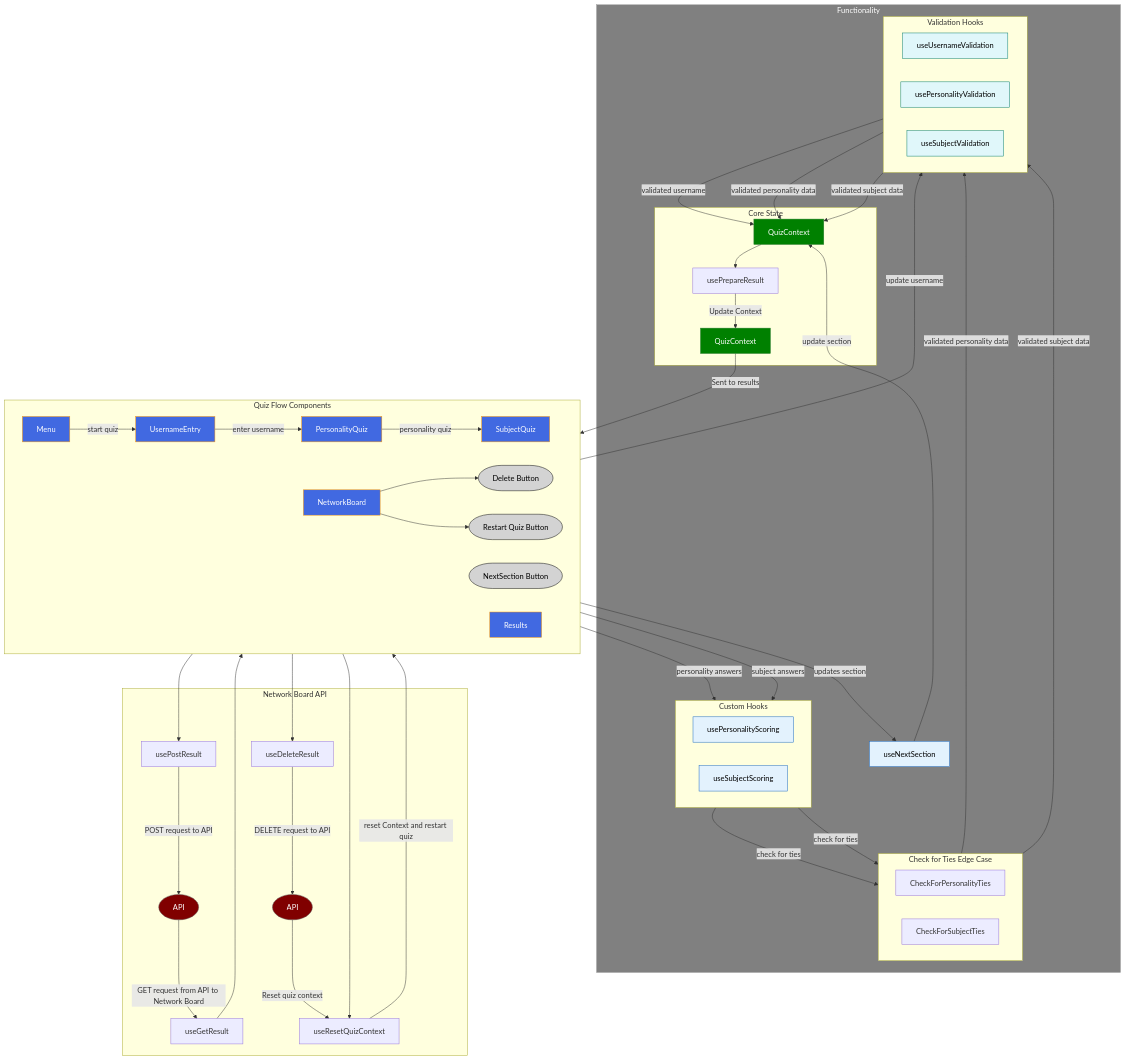
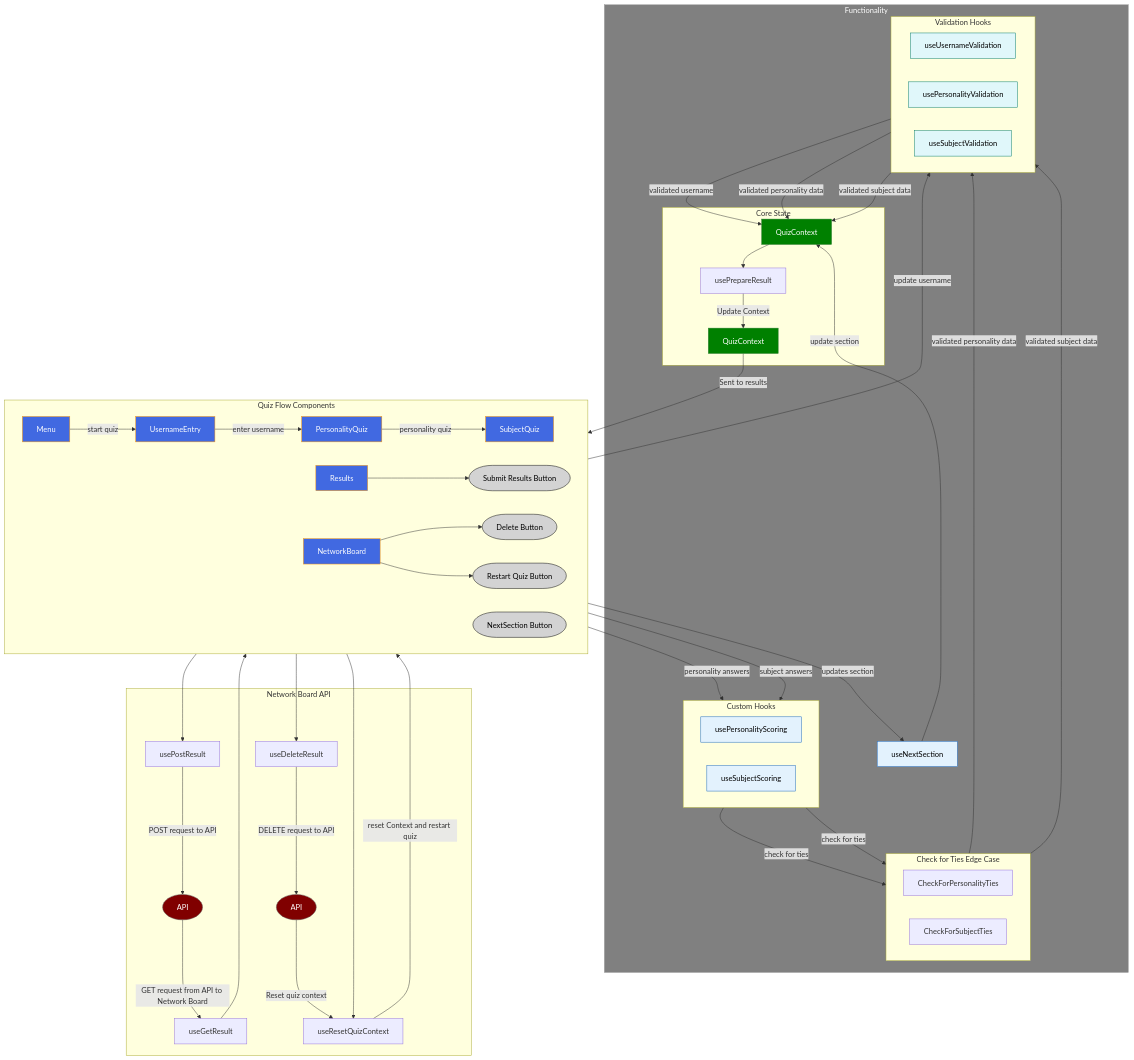
The diagram in docs/diagrams/data_flow_architecture.md (lmcrean/steam-report-mern), drawn with Mermaid before and after one commit. The commit also changed 9 other files, not shown here.

````diff
--- a/docs/diagrams/data_flow_architecture.md
+++ b/docs/diagrams/data_flow_architecture.md
@@ -11,6 +11,7 @@
            NB[NetworkBoard]
            DB[Delete Button]
            RQB[Restart Quiz Button]
+           SNB[Submit Results Button]
        end
 
        subgraph Functionality ["Functionality"]
@@ -82,9 +83,10 @@
        QC --> UPR
        UPR -->|"Update Context"| QC2
        QC2 -->|"Sent to results"| R
+       R --> SNB
+       SNB --> UPRA
 
        %% Results submits data to Network Board API
-       R --> UPRA
        UPRA -->|"POST request to API"| API
        API -->|"GET request from API to Network Board"| UGRA
        UGRA --> NB
@@ -112,5 +114,5 @@
        class QC,NA,QC2 core
        class Functionality functionality
        class API,API2 api
-       class RQB,DB,NS buttons
+       class RQB,DB,NS,SNB buttons
 ```
````
